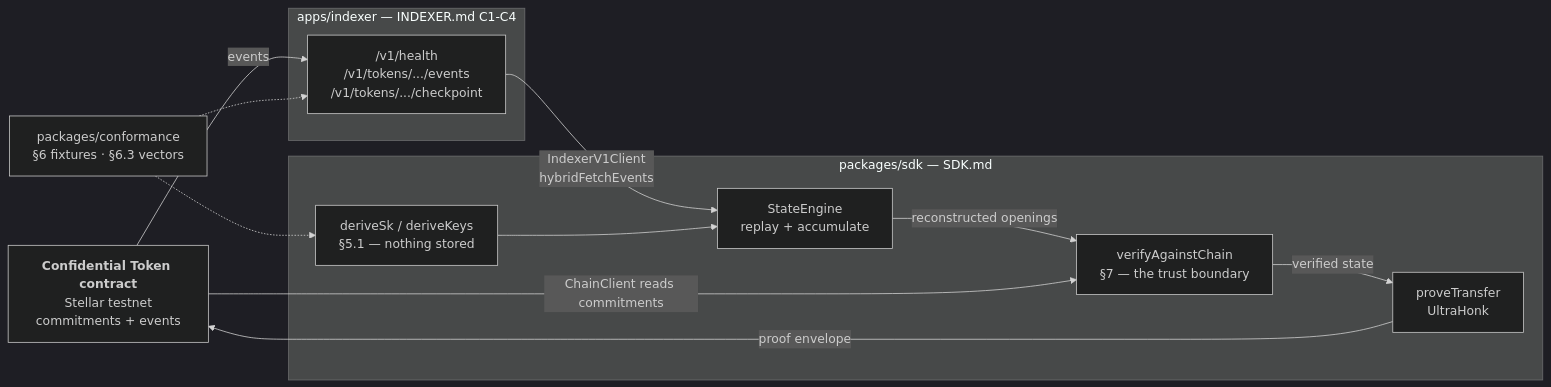
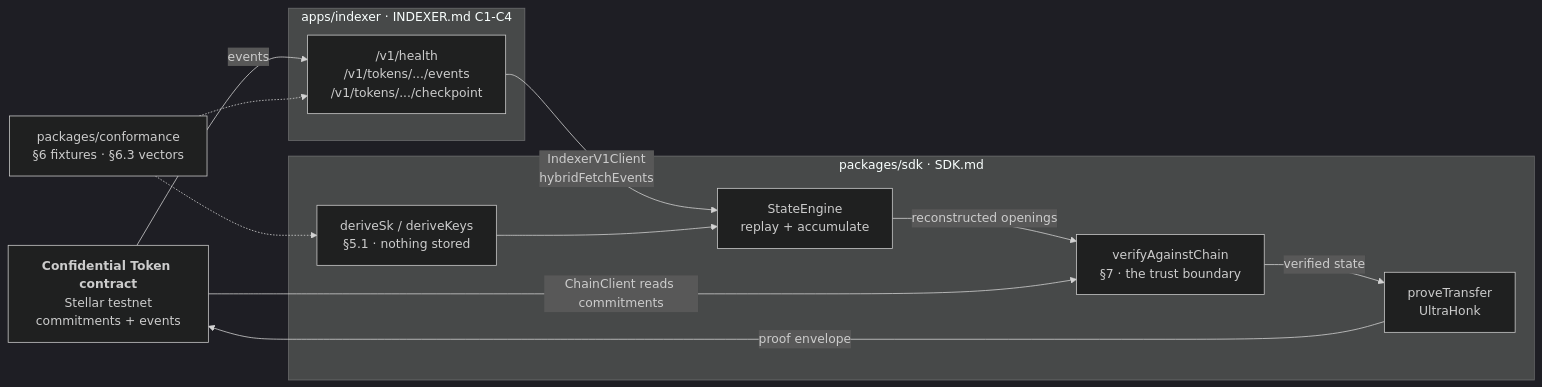
Before and after one commit to aguilar1x/stellar-confidential-token-sdk: the diagram in README.md, drawn with Mermaid (dark theme). The commit also changed other lines of this file and 21 other files, not shown here.

````diff
--- a/README.md
+++ b/README.md
@@ -145,28 +145,28 @@
 ```mermaid
 flowchart LR
   CT["<b>Confidential Token contract</b><br/>Stellar testnet<br/>commitments + events"]
 
-  subgraph AR["apps/indexer — INDEXER.md C1-C4"]
+  subgraph AR["apps/indexer · INDEXER.md C1-C4"]
     IX["/v1/health<br/>/v1/tokens/.../events<br/>/v1/tokens/.../checkpoint"]
   end
 
-  subgraph SDK["packages/sdk — SDK.md"]
-    DK["deriveSk / deriveKeys<br/>§5.1 — nothing stored"]
+  subgraph SDK["packages/sdk · SDK.md"]
+    DK["deriveSk / deriveKeys<br/>§5.1 · nothing stored"]
     SE["StateEngine<br/>replay + accumulate"]
-    VC["verifyAgainstChain<br/>§7 — the trust boundary"]
+    VC["verifyAgainstChain<br/>§7 · the trust boundary"]
     PR["proveTransfer<br/>UltraHonk"]
   end
 
   CF["packages/conformance<br/>§6 fixtures · §6.3 vectors"]
 
   CT -- "events" --> IX
   IX -- "IndexerV1Client<br/>hybridFetchEvents" --> SE
   DK --> SE
   SE -- "reconstructed openings" --> VC
   CT -- "ChainClient reads commitments" --> VC
   VC -- "verified state" --> PR
   PR -- "proof envelope" --> CT
 
   CF -.-> DK
   CF -.-> IX
 ```
````
